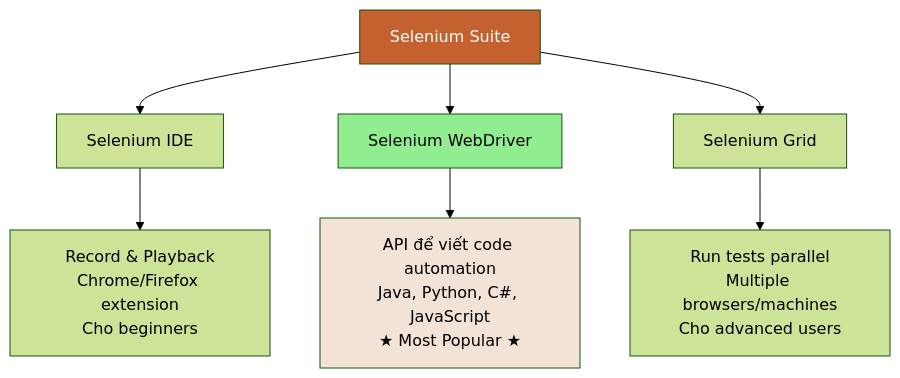
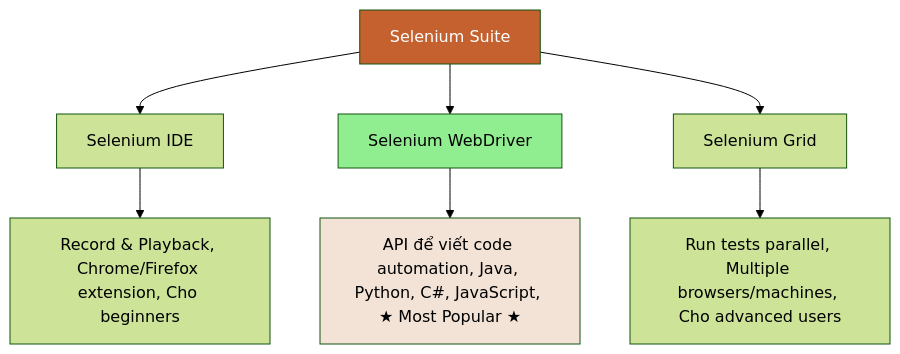
The ninth of 11 diagrams in 01-automation-testing-fundamentals.md (namnd0806/automation-testing-cource), drawn with Mermaid (forest theme) before and after one commit. The commit also changed other lines of this file and 4 other files, not shown here.

First line of the commit message:
Fix: Sửa tất cả sơ đồ Mermaid lỗi format

````diff
--- a/01-automation-testing-fundamentals.md
+++ b/01-automation-testing-fundamentals.md
@@ -566,18 +566,18 @@
 ```mermaid
 graph TD
     A[Selenium Suite]
     
     A --> B[Selenium IDE]
     A --> C[Selenium WebDriver]
     A --> D[Selenium Grid]
     
-    B --> E[Record & Playback<br/>Chrome/Firefox extension<br/>Cho beginners]
+    B --> E[Record & Playback, Chrome/Firefox extension, Cho beginners]
     
-    C --> F[API để viết code automation<br/>Java, Python, C#, JavaScript<br/>★ Most Popular ★]
+    C --> F[API để viết code automation, Java, Python, C#, JavaScript, ★ Most Popular ★]
     
-    D --> G[Run tests parallel<br/>Multiple browsers/machines<br/>Cho advanced users]
+    D --> G[Run tests parallel, Multiple browsers/machines, Cho advanced users]
     
     style A fill:#C4612F,color:#fff
     style C fill:#90EE90
     style F fill:#F2E3D6
 ```
````
